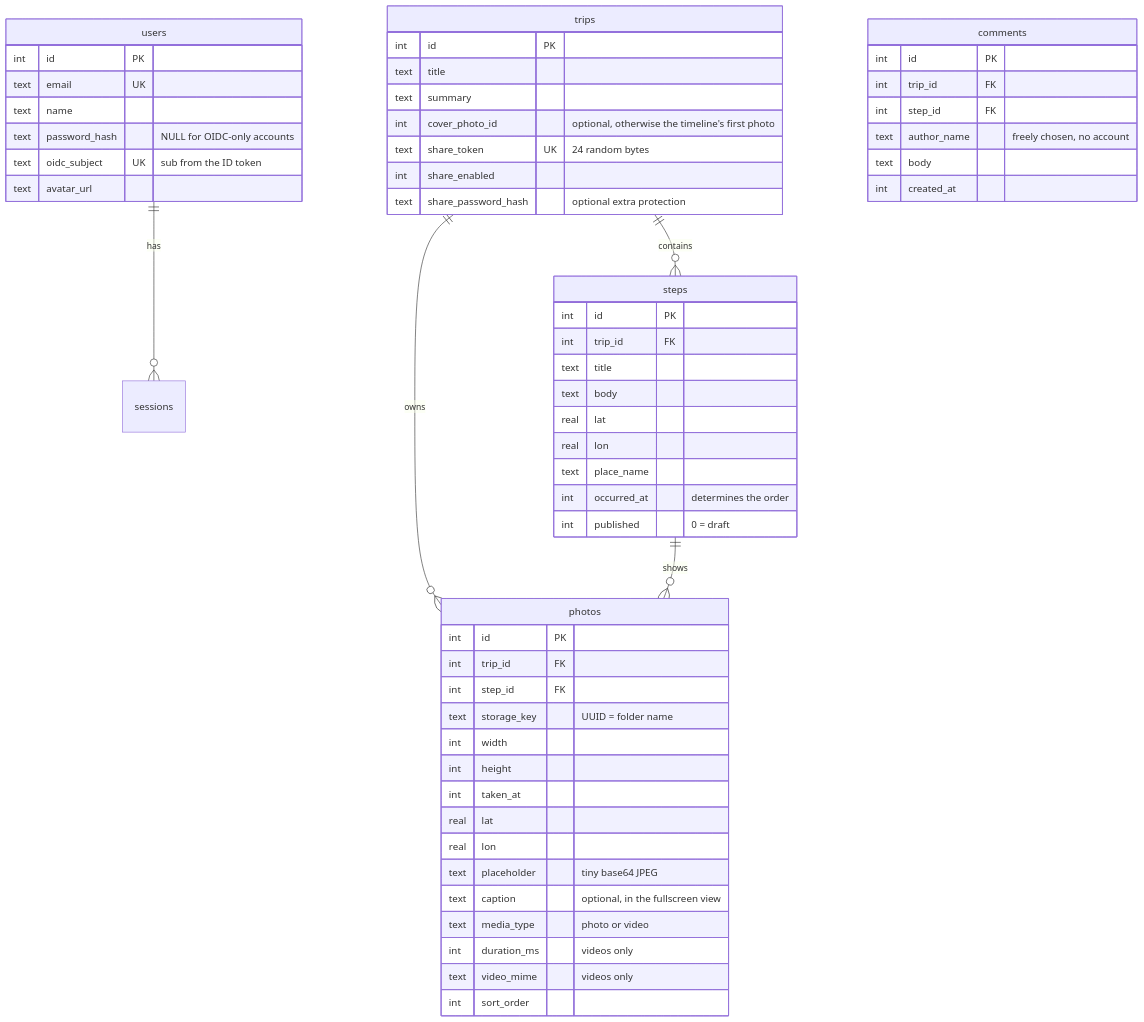
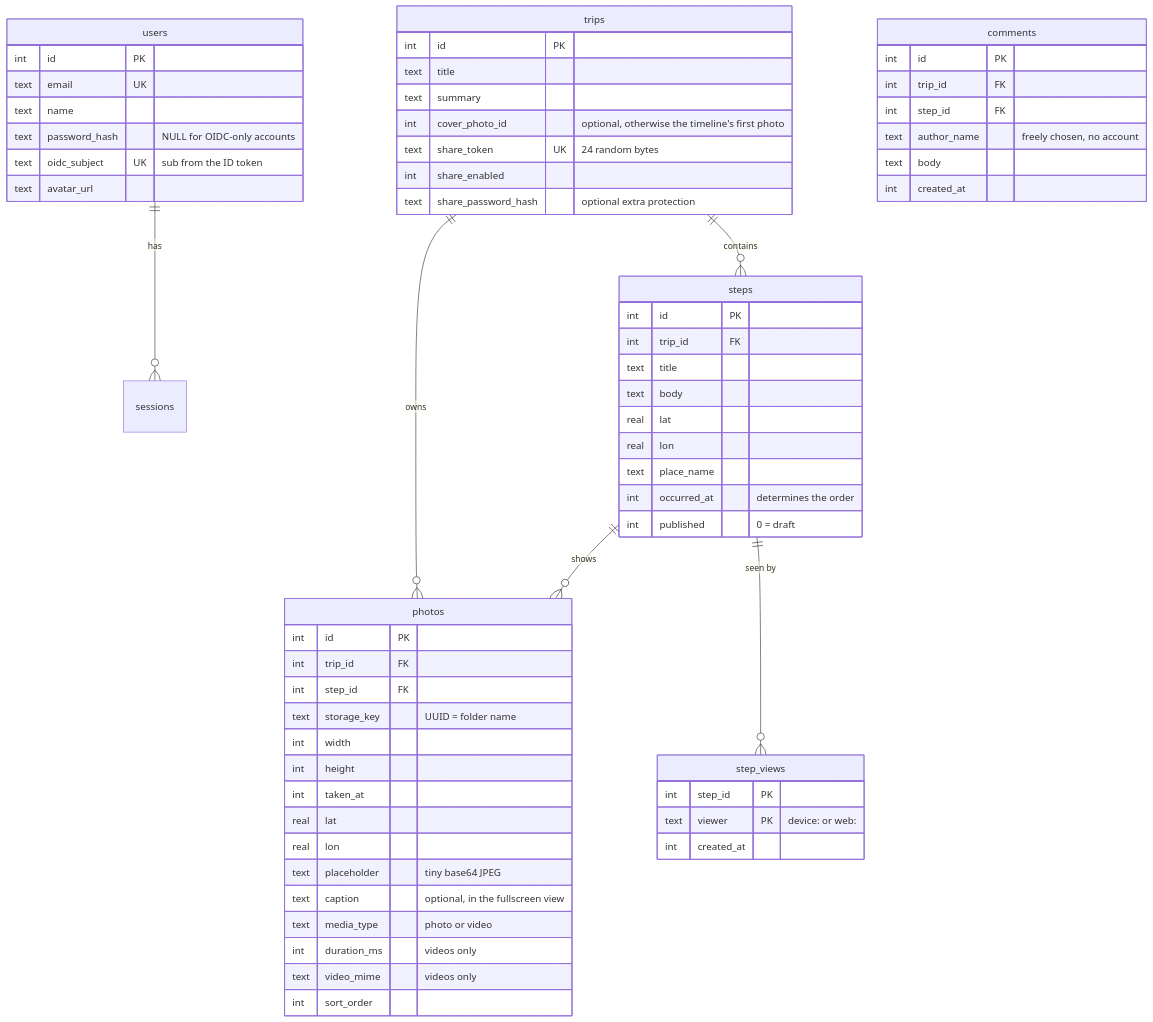
One commit to RainerZufall00/ownsteps changed the first of 2 diagrams in docs/ARCHITECTURE.md. Above: the diagram before and after it, drawn with Mermaid. The commit also changed other lines of this file and 30 other files, not shown here.

````diff
--- a/docs/ARCHITECTURE.md
+++ b/docs/ARCHITECTURE.md
@@ -124,61 +124,67 @@
 ```mermaid
 erDiagram
     users ||--o{ sessions : has
     trips ||--o{ steps : contains
     trips ||--o{ photos : owns
     steps ||--o{ photos : shows
+    steps ||--o{ step_views : "seen by"
 
     users {
         int id PK
         text email UK
         text name
         text password_hash "NULL for OIDC-only accounts"
         text oidc_subject UK "sub from the ID token"
         text avatar_url
     }
     trips {
         int id PK
         text title
         text summary
         int cover_photo_id "optional, otherwise the timeline's first photo"
         text share_token UK "24 random bytes"
         int share_enabled
         text share_password_hash "optional extra protection"
     }
     steps {
         int id PK
         int trip_id FK
         text title
         text body
         real lat
         real lon
         text place_name
         int occurred_at "determines the order"
         int published "0 = draft"
     }
     photos {
         int id PK
         int trip_id FK
         int step_id FK
         text storage_key "UUID = folder name"
         int width
         int height
         int taken_at
         real lat
         real lon
         text placeholder "tiny base64 JPEG"
         text caption "optional, in the fullscreen view"
         text media_type "photo or video"
         int duration_ms "videos only"
         text video_mime "videos only"
         int sort_order
     }
     comments {
         int id PK
         int trip_id FK
         int step_id FK
         text author_name "freely chosen, no account"
         text body
         int created_at
     }
+    step_views {
+        int step_id PK
+        text viewer PK "device:<id> or web:<hash>"
+        int created_at
+    }
 ```
````
